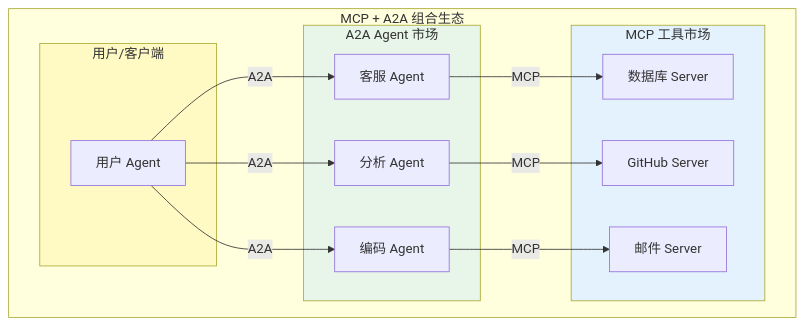
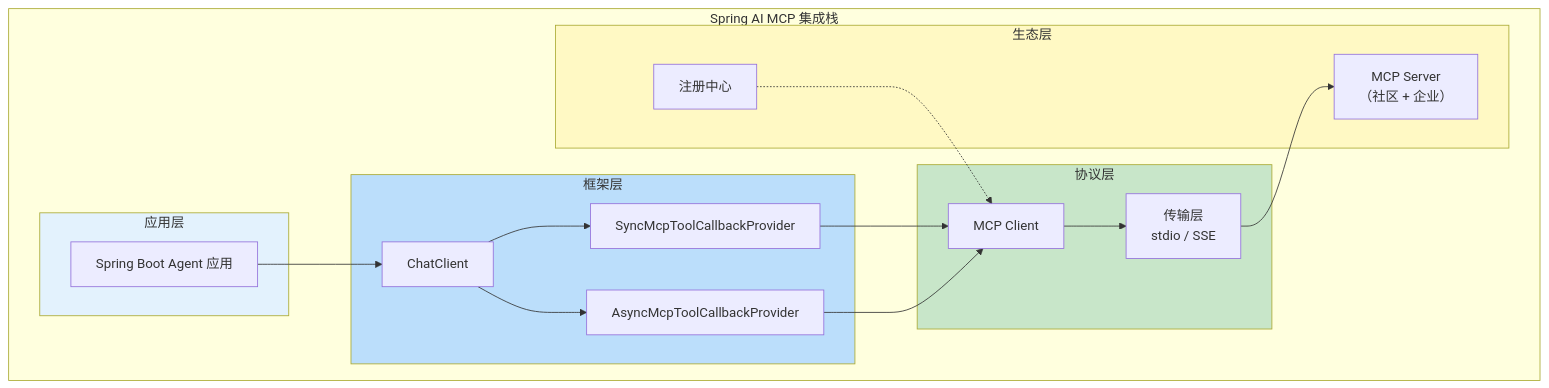
Before and after one commit to UranusGit/java-agent-learn: diagram 20 of 21 in docs/前沿/04-MCP生态全景.md, drawn with Mermaid. The commit also changed other lines of this file and 4 other files, not shown here.

````diff
--- a/docs/前沿/04-MCP生态全景.md
+++ b/docs/前沿/04-MCP生态全景.md
@@ -484,31 +789,38 @@
 ```mermaid
 graph TB
-    subgraph 组合生态["MCP + A2A 组合生态"]
-        subgraph 工具市场["MCP 工具市场"]
-            TM1["数据库 Server"]
-            TM2["GitHub Server"]
-            TM3["邮件 Server"]
+    subgraph SpringMCP["Spring AI MCP 集成栈"]
+        subgraph 应用层["应用层"]
+            APP["Spring Boot Agent 应用"]
         end
 
-        subgraph Agent市场["A2A Agent 市场"]
-            AM1["客服 Agent"]
-            AM2["分析 Agent"]
-            AM3["编码 Agent"]
+        subgraph 框架层["框架层"]
+            CC["ChatClient"]
+            SA["SyncMcpToolCallbackProvider"]
+            AA["AsyncMcpToolCallbackProvider"]
         end
 
-        subgraph 用户["用户/客户端"]
-            USER["用户 Agent"]
+        subgraph 协议层["协议层"]
+            CLIENT["MCP Client"]
+            TRANS["传输层<br/>stdio / SSE"]
         end
 
-        USER -->|"A2A"| AM1
-        USER -->|"A2A"| AM2
-        USER -->|"A2A"| AM3
-        AM1 -->|"MCP"| TM1
-        AM2 -->|"MCP"| TM2
-        AM3 -->|"MCP"| TM3
+        subgraph 生态层["生态层"]
+            SERVER["MCP Server<br/>（社区 + 企业）"]
+            REG["注册中心"]
+        end
+
+        APP --> CC
+        CC --> SA
+        CC --> AA
+        SA --> CLIENT
+        AA --> CLIENT
+        CLIENT --> TRANS
+        TRANS --> SERVER
+        REG -.-> CLIENT
     end
 
-    style 工具市场 fill:#e3f2fd
-    style Agent市场 fill:#e8f5e9
-    style 用户 fill:#fff9c4
+    style 应用层 fill:#e3f2fd
+    style 框架层 fill:#bbdefb
+    style 协议层 fill:#c8e6c9
+    style 生态层 fill:#fff9c4
 ```
````
